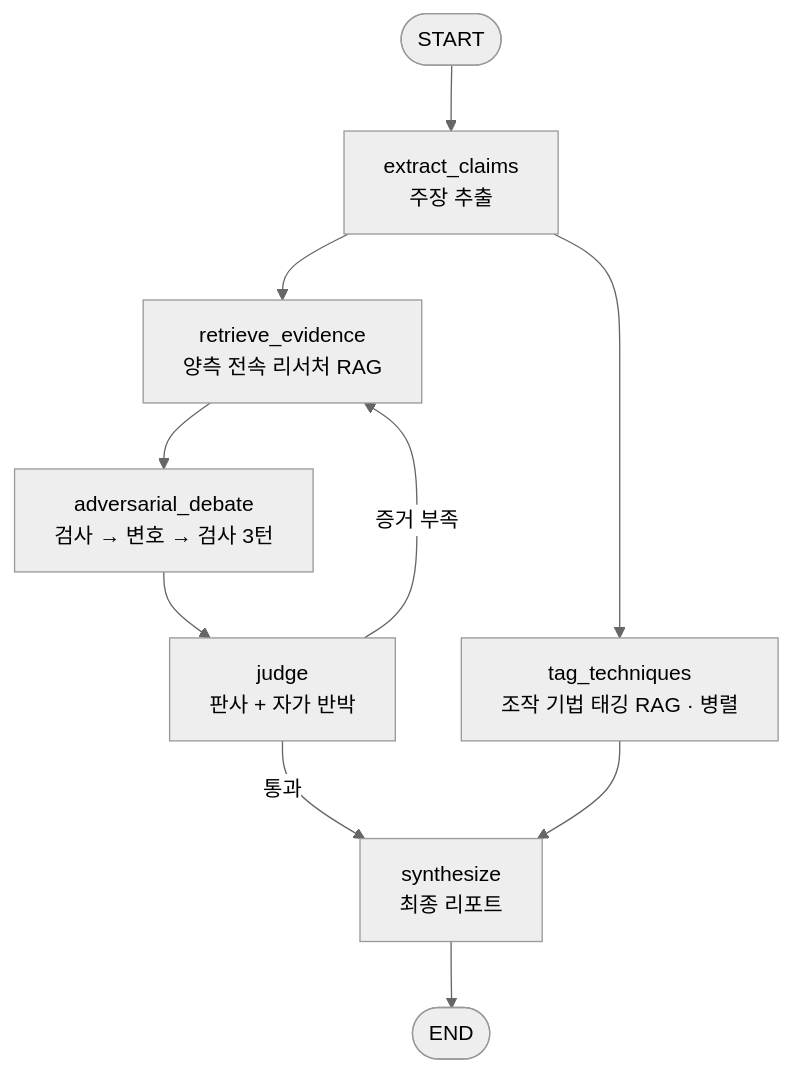
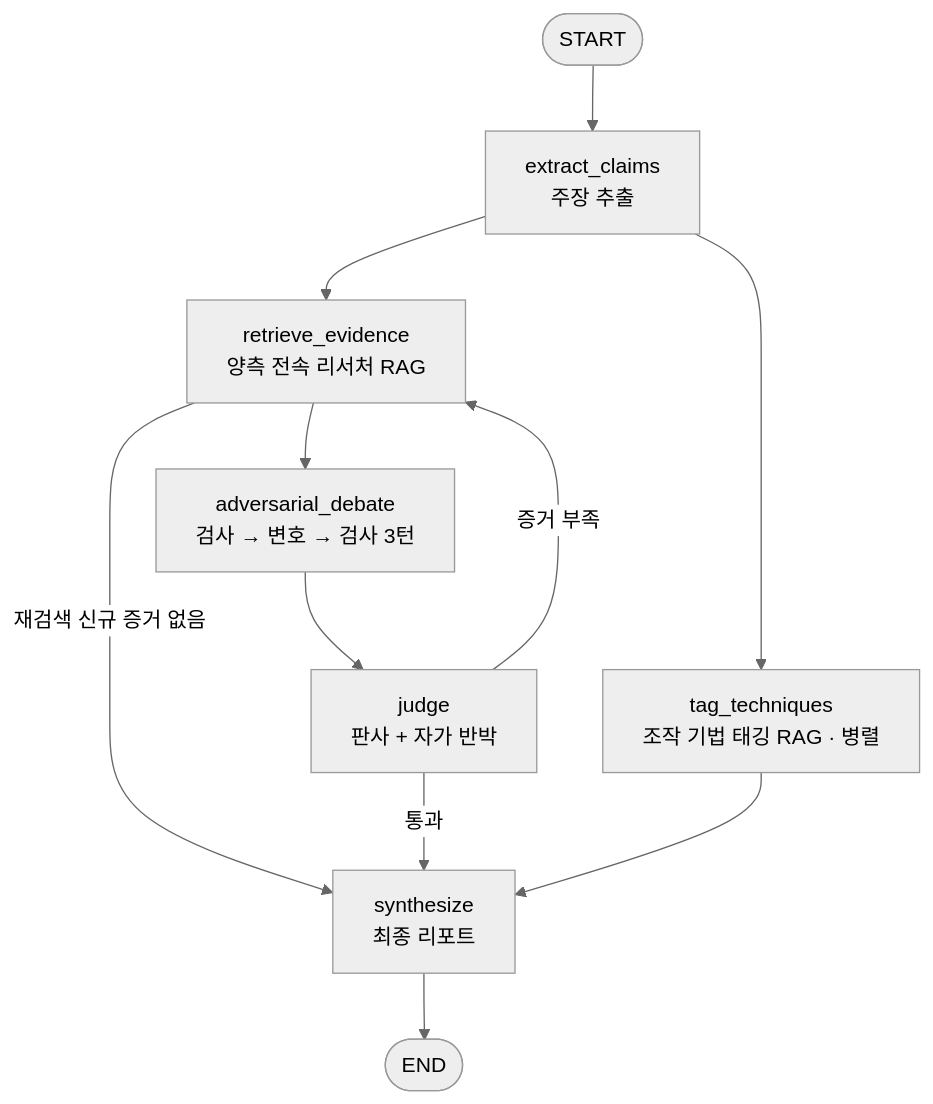
One commit to Ryu-Jemu/examiner-agent changed the diagram in README.md. Above: the diagram before and after it, drawn with Mermaid (neutral theme). The commit also changed other lines of this file and 15 other files, not shown here.

````diff
--- a/README.md
+++ b/README.md
@@ -18,12 +18,13 @@
 ```mermaid
 flowchart TD
     START([START]) --> EX[extract_claims<br/>주장 추출]
     EX --> RE[retrieve_evidence<br/>양측 전속 리서처 RAG]
     EX --> TT[tag_techniques<br/>조작 기법 태깅 RAG · 병렬]
     RE --> AD[adversarial_debate<br/>검사 → 변호 → 검사 3턴]
+    RE -->|재검색 신규 증거 없음| SY
     AD --> JU[judge<br/>판사 + 자가 반박]
     JU -->|증거 부족| RE
     JU -->|통과| SY[synthesize<br/>최종 리포트]
     TT --> SY
     SY --> END([END])
 ```
````
